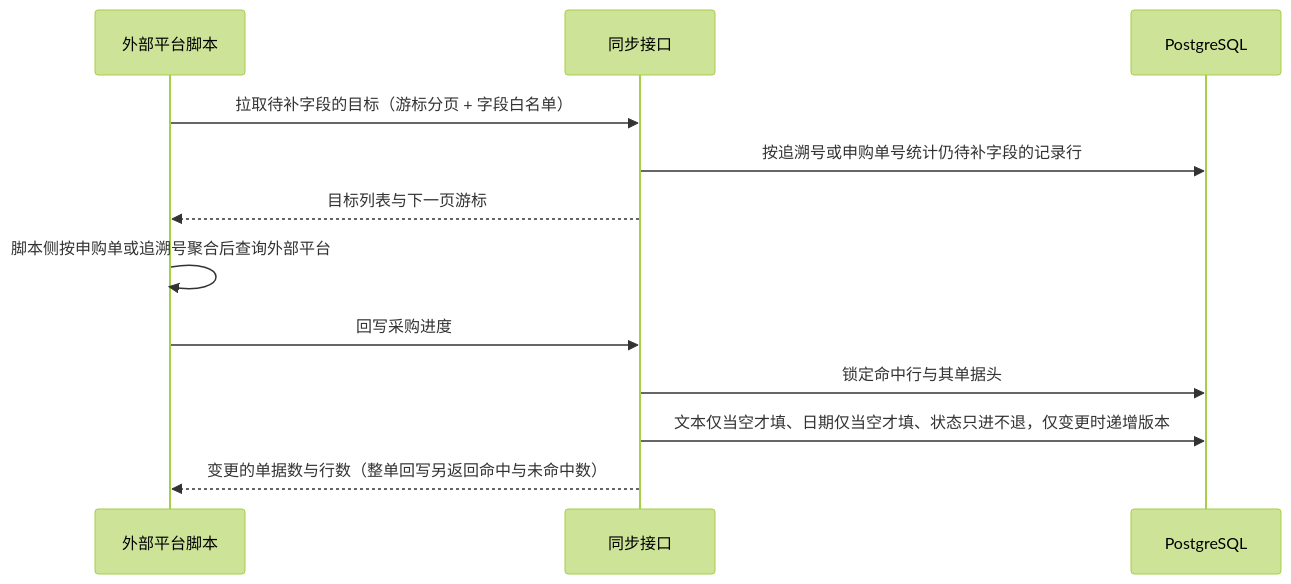
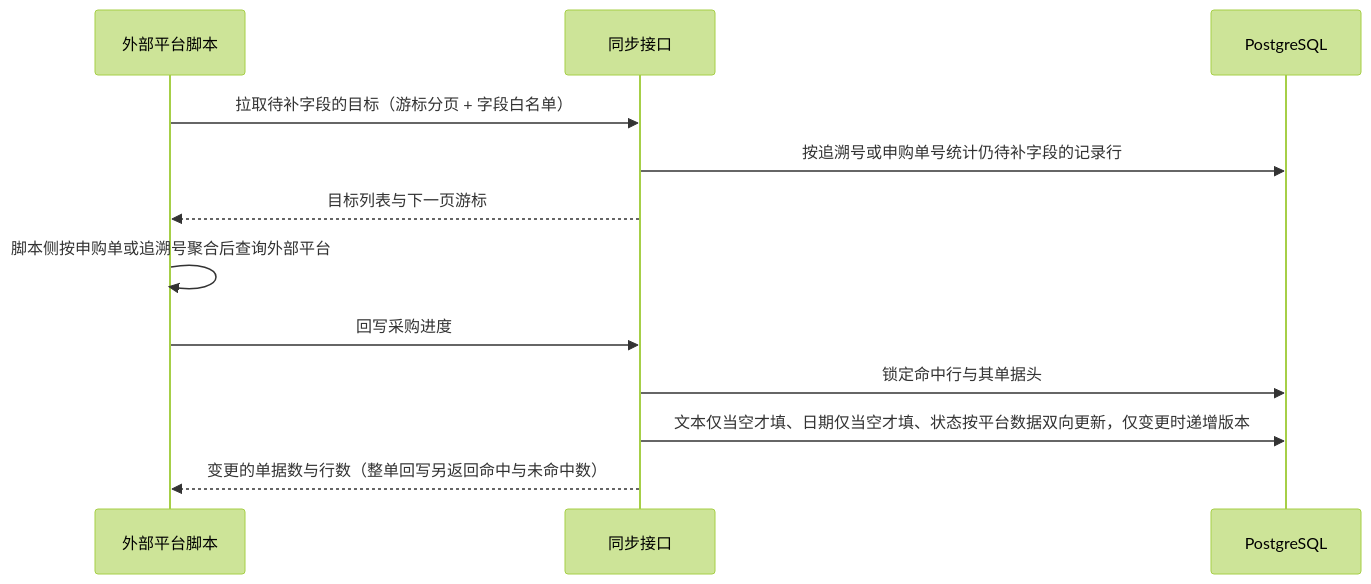
One commit to Sakana-1314/Electrical-Manager changed diagram 24 of 31 in docs/websites/pages/dev-flows.md. Above: the diagram before and after it, drawn with Mermaid (forest theme). The commit also changed other lines of this file and 8 other files, not shown here.

````diff
--- a/docs/websites/pages/dev-flows.md
+++ b/docs/websites/pages/dev-flows.md
@@ -410,14 +410,14 @@
 ```mermaid
 sequenceDiagram
     participant X as 外部平台脚本
     participant API as 同步接口
     participant DB as PostgreSQL
     X->>API: 拉取待补字段的目标（游标分页 + 字段白名单）
     API->>DB: 按追溯号或申购单号统计仍待补字段的记录行
     API-->>X: 目标列表与下一页游标
     X->>X: 脚本侧按申购单或追溯号聚合后查询外部平台
     X->>API: 回写采购进度
     API->>DB: 锁定命中行与其单据头
-    API->>DB: 文本仅当空才填、日期仅当空才填、状态只进不退，仅变更时递增版本
+    API->>DB: 文本仅当空才填、日期仅当空才填、状态按平台数据双向更新，仅变更时递增版本
     API-->>X: 变更的单据数与行数（整单回写另返回命中与未命中数）
 ```
````
